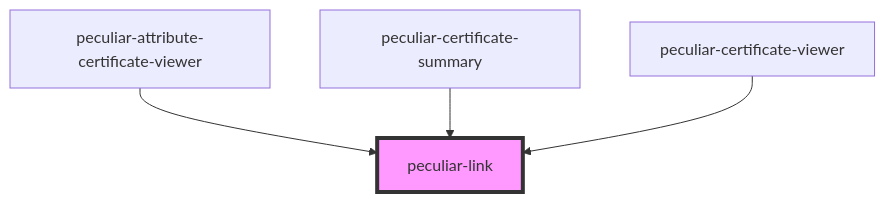
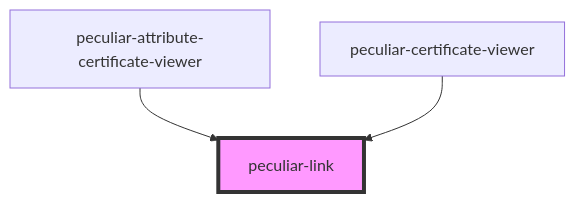
Before and after one commit to PeculiarVentures/pv-certificates-viewer: the diagram in packages/webcomponents/src/components/link/readme.md, drawn with Mermaid. The commit also changed other lines of this file and 8 other files, not shown here.

Commit message:
chore(webcomponents): updated certificate summary view to table

````diff
--- a/packages/webcomponents/src/components/link/readme.md
+++ b/packages/webcomponents/src/components/link/readme.md
@@ -24,7 +24,6 @@
 ```mermaid
 graph TD;
   peculiar-attribute-certificate-viewer --> peculiar-link
-  peculiar-certificate-summary --> peculiar-link
   peculiar-certificate-viewer --> peculiar-link
   style peculiar-link fill:#f9f,stroke:#333,stroke-width:4px
 ```
````
